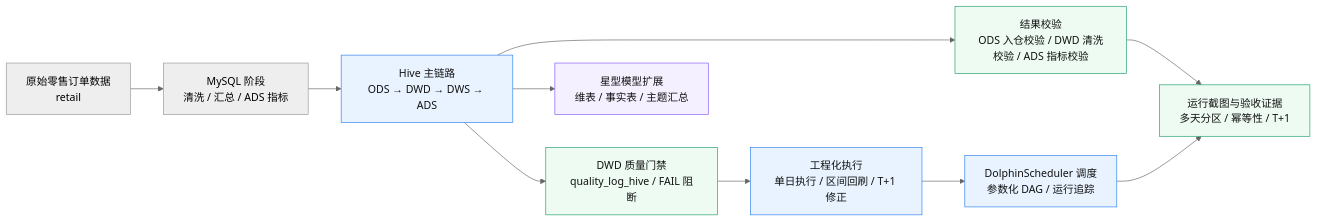
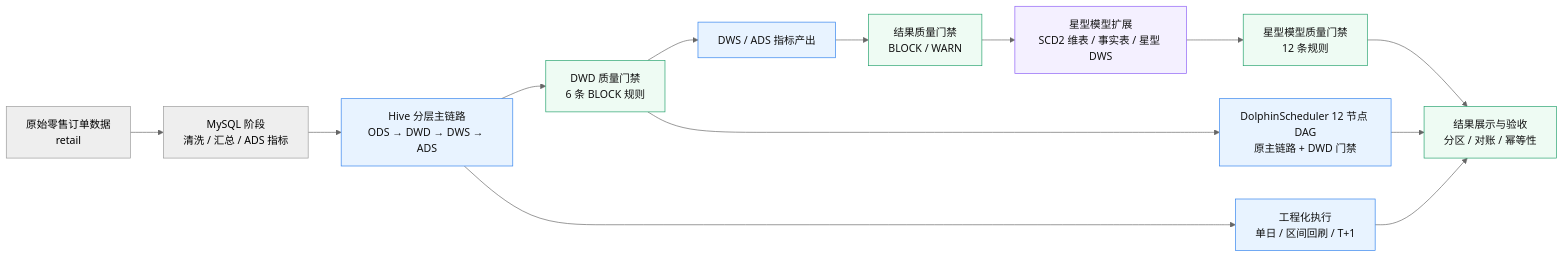
The first of 2 diagrams in README.md (2026heita/retail_project), drawn with Mermaid (neutral theme) before and after one commit. The commit also changed other lines of this file and 21 other files, not shown here.

Commit message:
升级 Hive 质量门禁、SCD2 星型模型和项目文档

````diff
--- a/README.md
+++ b/README.md
@@ -21,19 +21,23 @@
 ```mermaid
 flowchart LR
     A["原始零售订单数据<br/>retail"] --> B["MySQL 阶段<br/>清洗 / 汇总 / ADS 指标"]
-    B --> C["Hive 主链路<br/>ODS → DWD → DWS → ADS"]
-    C --> QG["DWD 质量门禁<br/>quality_log_hive / FAIL 阻断"]
-    QG --> D["工程化执行<br/>单日执行 / 区间回刷 / T+1 修正"]
-    D --> E["DolphinScheduler 调度<br/>参数化 DAG / 运行追踪"]
-    C --> F["结果校验<br/>ODS 入仓校验 / DWD 清洗校验 / ADS 指标校验"]
-    C --> G["星型模型扩展<br/>维表 / 事实表 / 主题汇总"]
-    F --> H["运行截图与验收证据<br/>多天分区 / 幂等性 / T+1"]
+    B --> C["Hive 分层主链路<br/>ODS → DWD → DWS → ADS"]
+    C --> Q1["DWD 质量门禁<br/>6 条 BLOCK 规则"]
+    Q1 --> D["DWS / ADS 指标产出"]
+    D --> Q2["结果质量门禁<br/>BLOCK / WARN"]
+    Q2 --> G["星型模型扩展<br/>SCD2 维表 / 事实表 / 星型 DWS"]
+    G --> Q3["星型模型质量门禁<br/>12 条规则"]
+    Q3 --> H["结果展示与验收<br/>分区 / 对账 / 幂等性"]
+
+    C --> E["工程化执行<br/>单日 / 区间回刷 / T+1"]
+    Q1 --> F["DolphinScheduler 12 节点 DAG<br/>原主链路 + DWD 门禁"]
     E --> H
+    F --> H
 
     classDef core fill:#e8f3ff,stroke:#2f80ed,stroke-width:1px,color:#111;
     classDef extend fill:#f4f0ff,stroke:#8b5cf6,stroke-width:1px,color:#111;
     classDef check fill:#eefbf3,stroke:#22a06b,stroke-width:1px,color:#111;
-    class C,D,E core;
+    class C,D,E,F core;
     class G extend;
-    class F,H,QG check;
+    class Q1,Q2,Q3,H check;
 ```
````
